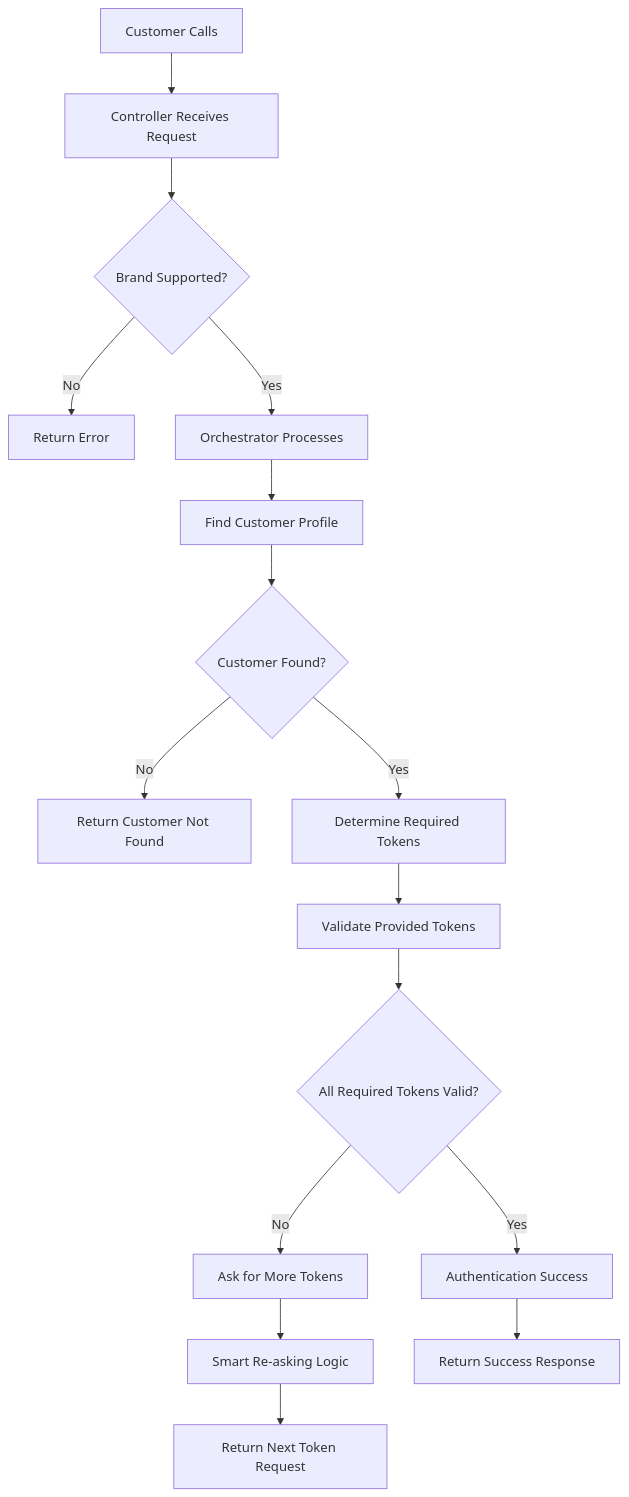
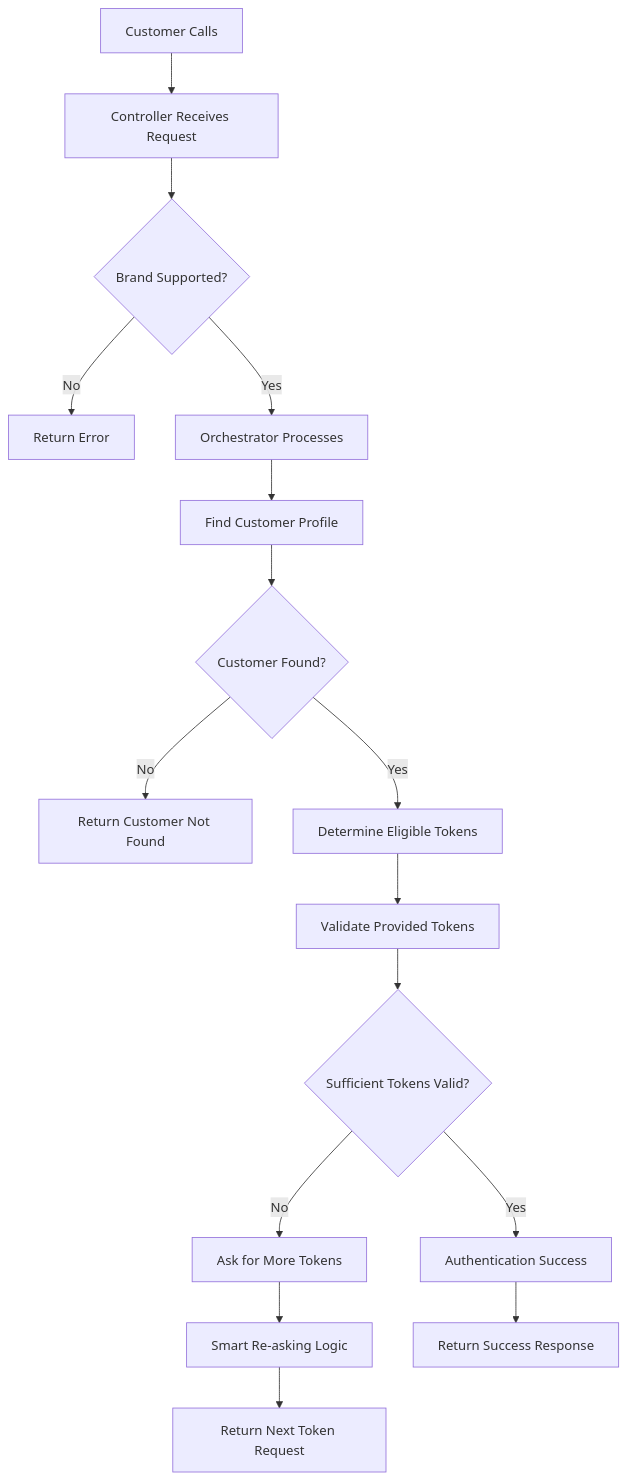
The diagram in BEGINNER_GUIDE.md (uhaseeb85/Research), drawn with Mermaid before and after one commit. The commit also changed other lines of this file and 22 other files, not shown here.

````diff
--- a/BEGINNER_GUIDE.md
+++ b/BEGINNER_GUIDE.md
@@ -335,18 +330,18 @@
 ```mermaid
 graph TD
     A[Customer Calls] --> B[Controller Receives Request]
     B --> C{Brand Supported?}
     C -->|No| D[Return Error]
     C -->|Yes| E[Orchestrator Processes]
     E --> F[Find Customer Profile]
     F --> G{Customer Found?}
     G -->|No| H[Return Customer Not Found]
-    G -->|Yes| I[Determine Required Tokens]
+    G -->|Yes| I[Determine Eligible Tokens]
     I --> J[Validate Provided Tokens]
-    J --> K{All Required Tokens Valid?}
+    J --> K{Sufficient Tokens Valid?}
     K -->|No| L[Ask for More Tokens]
     K -->|Yes| M[Authentication Success]
     L --> N[Smart Re-asking Logic]
     N --> O[Return Next Token Request]
     M --> P[Return Success Response]
 ```
````
